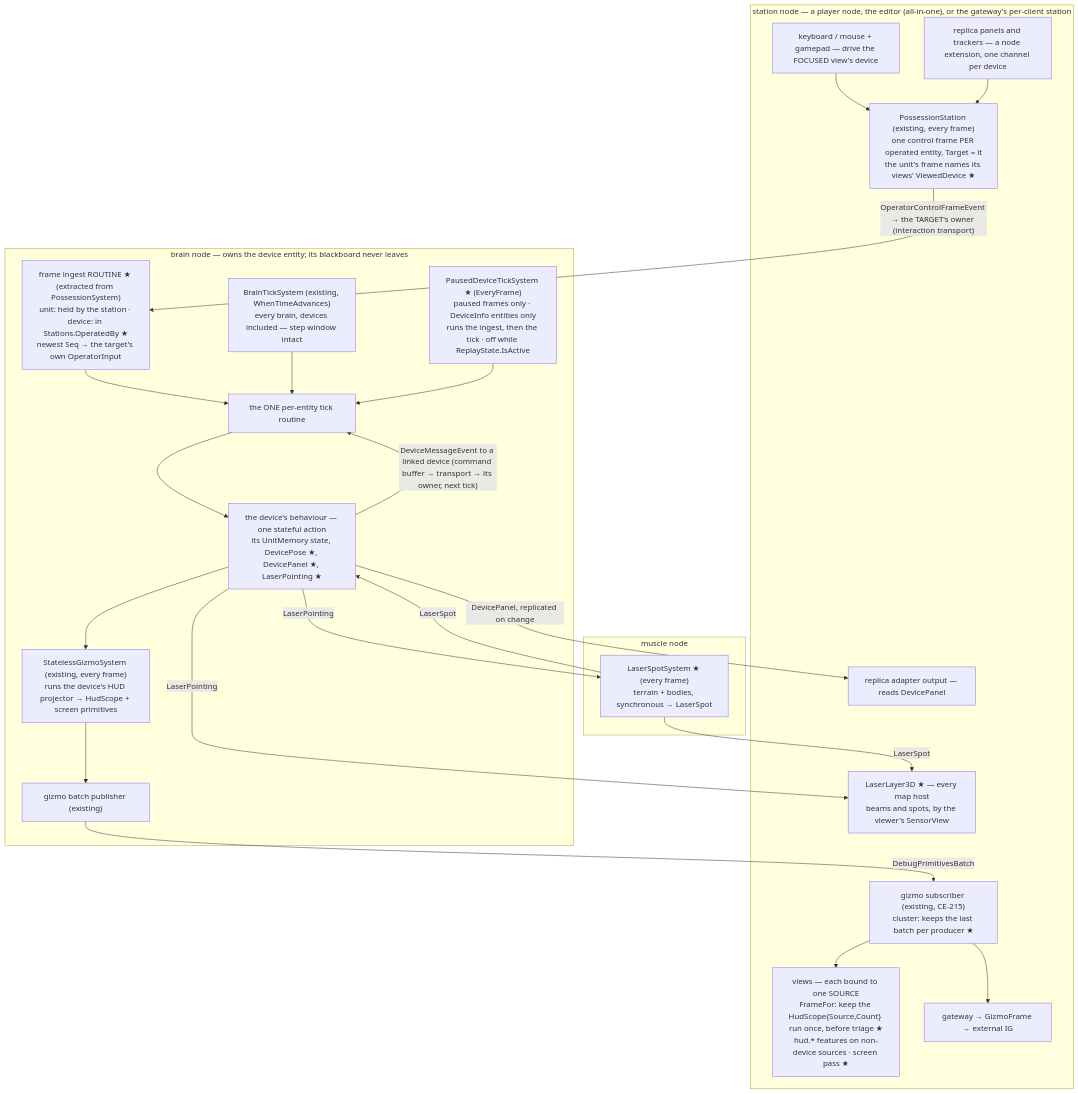
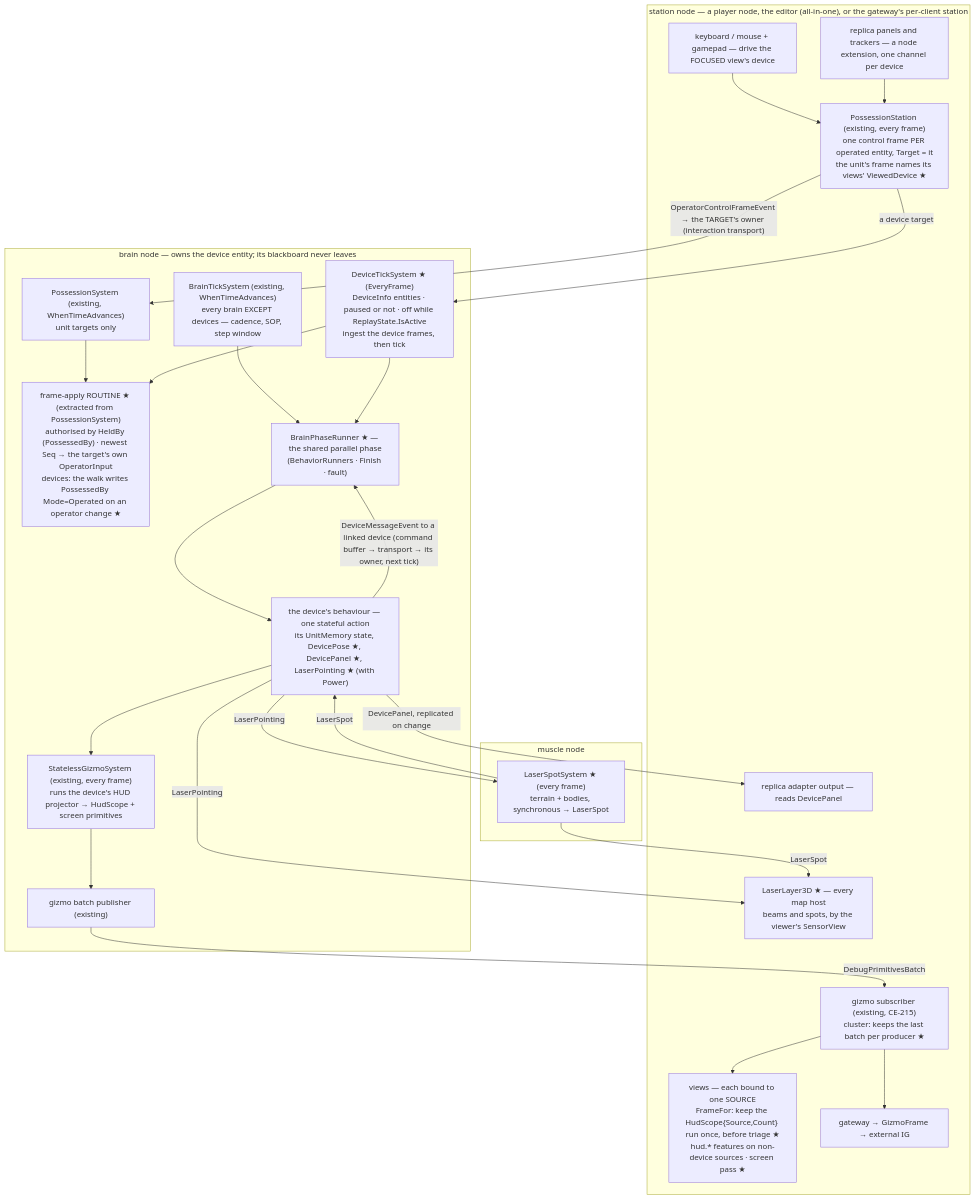
Before and after one commit to pjanec/HROT: the first of 6 diagrams in docs/designs/devices/DESIGN_Simulated_Devices.md, drawn with Mermaid. The commit also changed other lines of this file and 1 other file, not shown here.

````diff
--- a/docs/designs/devices/DESIGN_Simulated_Devices.md
+++ b/docs/designs/devices/DESIGN_Simulated_Devices.md
@@ -79,43 +79,46 @@
 ```mermaid
 graph TD
   subgraph STATION["station node — a player node, the editor (all-in-one), or the gateway's per-client station"]
     KM["keyboard / mouse + gamepad — drive the FOCUSED view's device"]
     REP["replica panels and trackers — a node extension, one channel per device"]
     PS["PossessionStation (existing, every frame)<br/>one control frame PER operated entity, Target = it<br/>the unit's frame names its views' ViewedDevice ★"]
     SUB["gizmo subscriber (existing, CE-215)<br/>cluster: keeps the last batch per producer ★"]
     VIEW["views — each bound to one SOURCE<br/>FrameFor: keep the HudScope{Source,Count} run once, before triage ★<br/>hud.* features on non-device sources · screen pass ★"]
     LL["LaserLayer3D ★ — every map host<br/>beams and spots, by the viewer's SensorView"]
     RA["replica adapter output — reads DevicePanel"]
     GW["gateway → GizmoFrame → external IG"]
   end
   subgraph BRAIN["brain node — owns the device entity; its blackboard never leaves"]
-    ING["frame ingest ROUTINE ★ (extracted from PossessionSystem)<br/>unit: held by the station · device: in Stations.OperatedBy ★<br/>newest Seq → the target's own OperatorInput"]
-    BTS["BrainTickSystem (existing, WhenTimeAdvances)<br/>every brain, devices included — step window intact"]
-    PDT["PausedDeviceTickSystem ★ (EveryFrame)<br/>paused frames only · DeviceInfo entities only<br/>runs the ingest, then the tick · off while ReplayState.IsActive"]
-    RT["the ONE per-entity tick routine"]
-    DB["the device's behaviour — one stateful action<br/>its UnitMemory state, DevicePose ★, DevicePanel ★, LaserPointing ★"]
+    ING["frame-apply ROUTINE ★ (extracted from PossessionSystem)<br/>authorised by HeldBy (PossessedBy) · newest Seq → the target's own OperatorInput<br/>devices: the walk writes PossessedBy Mode=Operated on an operator change ★"]
+    PSY["PossessionSystem (existing, WhenTimeAdvances)<br/>unit targets only"]
+    BTS["BrainTickSystem (existing, WhenTimeAdvances)<br/>every brain EXCEPT devices — cadence, SOP, step window"]
+    PDT["DeviceTickSystem ★ (EveryFrame)<br/>DeviceInfo entities · paused or not · off while ReplayState.IsActive<br/>ingest the device frames, then tick"]
+    RT["BrainPhaseRunner ★ — the shared parallel phase<br/>(BehaviorRunners · Finish · fault)"]
+    DB["the device's behaviour — one stateful action<br/>its UnitMemory state, DevicePose ★, DevicePanel ★, LaserPointing ★ (with Power)"]
     SGS["StatelessGizmoSystem (existing, every frame)<br/>runs the device's HUD projector → HudScope + screen primitives"]
     PUB["gizmo batch publisher (existing)"]
   end
   subgraph MUSCLE["muscle node"]
     LSS["LaserSpotSystem ★ (every frame)<br/>terrain + bodies, synchronous → LaserSpot"]
   end
   KM --> PS
   REP --> PS
-  PS -->|"OperatorControlFrameEvent → the TARGET's owner (interaction transport)"| ING
-  ING --> RT
+  PS -->|"OperatorControlFrameEvent → the TARGET's owner (interaction transport)"| PSY
+  PS -->|"a device target"| PDT
+  PSY --> ING
+  PDT --> ING
   BTS --> RT
   PDT --> RT
   RT --> DB
   DB -->|"DeviceMessageEvent to a linked device (command buffer → transport → its owner, next tick)"| RT
   DB --> SGS
   SGS --> PUB
   PUB -->|"DebugPrimitivesBatch"| SUB
   SUB --> VIEW
   SUB --> GW
   DB -->|"DevicePanel, replicated on change"| RA
   DB -->|"LaserPointing"| LSS
   LSS -->|"LaserSpot"| LL
   LSS -->|"LaserSpot"| DB
   DB -->|"LaserPointing"| LL
 ```
````
